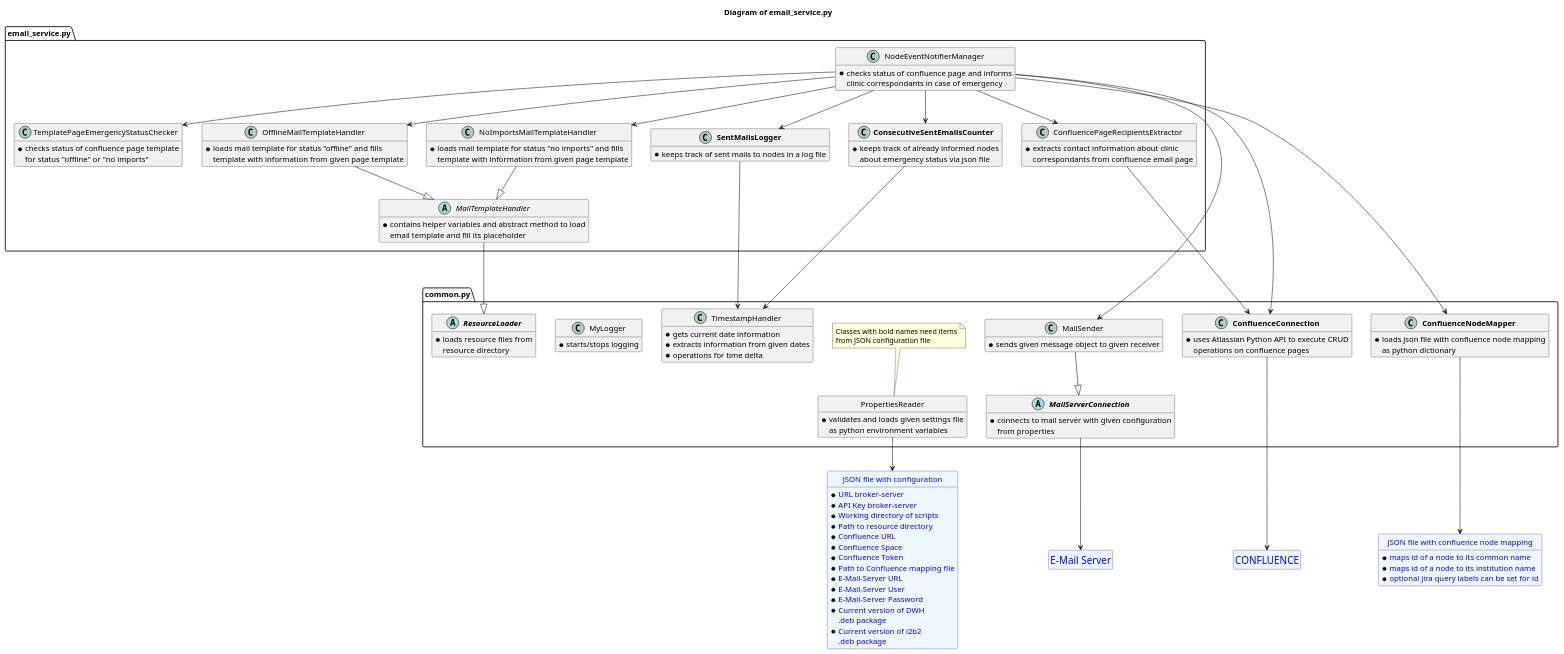
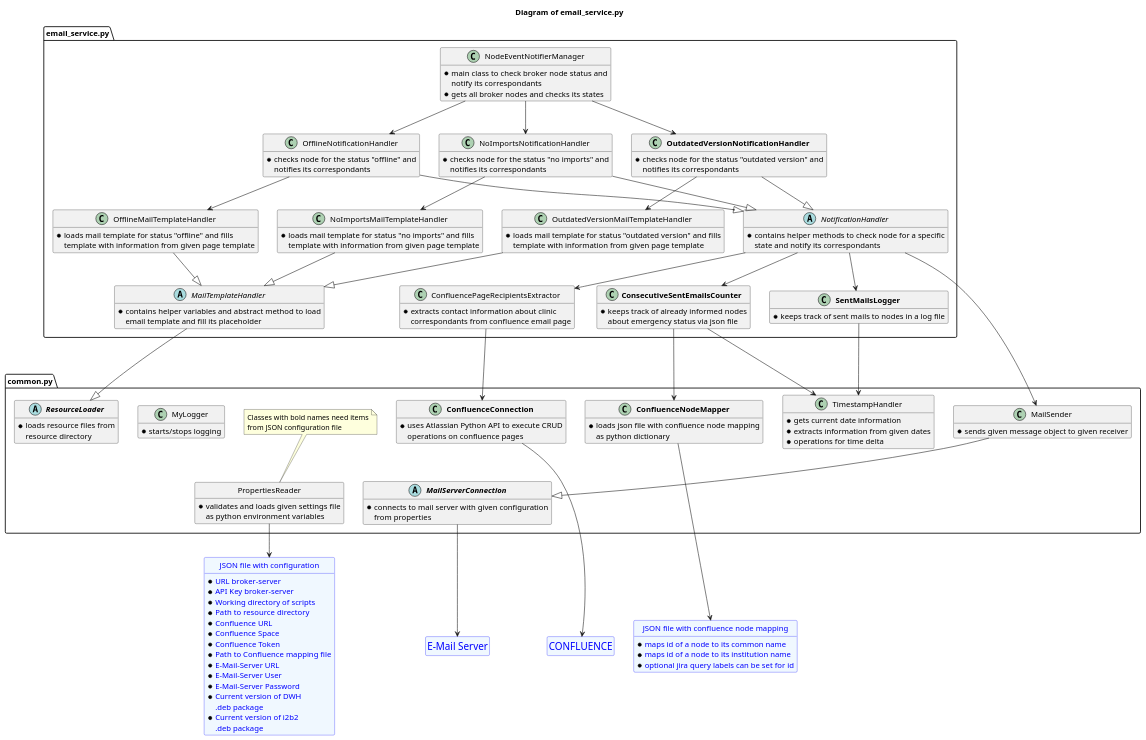
One commit to alexkombie/AKTIN_broker_monitor changed the diagram in docs/email_service.puml. Above: the diagram before and after it, drawn with PlantUML. The commit also changed 20 other files, not shown here.

```diff
--- a/docs/email_service.puml
+++ b/docs/email_service.puml
@@ -1,164 +1,193 @@
 @startuml
 hide methods
 
 title Diagram of email_service.py
 
 entity "<size:18>CONFLUENCE</size>" as confluence
 entity confluence #aliceblue;line:blue;text:blue
 hide confluence members
 hide confluence circle
 
 entity "JSON file with configuration" as settings {
 * URL broker-server
 * API Key broker-server
 * Working directory of scripts
 * Path to resource directory
 * Confluence URL
 * Confluence Space
 * Confluence Token
 * Path to Confluence mapping file
 * E-Mail-Server URL
 * E-Mail-Server User
 * E-Mail-Server Password
 * Current version of DWH
 .deb package
 * Current version of i2b2
 .deb package
 }
 entity settings #aliceblue;line:blue;text:blue
 hide settings circle
 
 entity "JSON file with confluence node mapping" as mapping {
 * maps id of a node to its common name
 * maps id of a node to its institution name
 * optional jira query labels can be set for id
 }
 entity mapping #aliceblue;line:blue;text:blue
 hide mapping circle
 
 entity "<size:18>E-Mail Server</size>" as email
 entity email #aliceblue;line:blue;text:blue
 hide email members
 hide email circle
 
 
 '###################################################################'
 
 package "common.py" as common <<Package>> {
 abstract class "**ResourceLoader**" as ResourceLoader {
 * loads resource files from
 resource directory
 }
 
 class "**ConfluenceConnection**" as ConfluenceConnection {
 * uses Atlassian Python API to execute CRUD
 operations on confluence pages
 }
 
 class "**ConfluenceNodeMapper**" as ConfluenceNodeMapper {
 * loads json file with confluence node mapping
 as python dictionary
 }
 
 class TimestampHandler {
 * gets current date information
 * extracts information from given dates
 * operations for time delta
 }
 
 abstract class "**MailServerConnection**" as MailServerConnection {
 * connects to mail server with given configuration
 from properties
 }
 
 class MailSender {
 * sends given message object to given receiver
 }
 
 class MyLogger {
 * starts/stops logging
 }
 
 class PropertiesReader {
 * validates and loads given settings file
 as python environment variables
 }
 hide PropertiesReader circle
 note top of PropertiesReader: Classes with bold names need items\nfrom JSON configuration file
 }
 
 MailServerConnection -d-> email
-MailSender -d-|> MailServerConnection
+MailSender --|> MailServerConnection
 
 ConfluenceConnection -d--> confluence
 ConfluenceNodeMapper -d--> mapping
 PropertiesReader --> settings
 
 '###################################################################'
 
 package "email_service.py" as email_service <<Package>> {
 
 
 abstract class MailTemplateHandler {
 * contains helper variables and abstract method to load
 email template and fill its placeholder
 }
 
 class OfflineMailTemplateHandler {
 * loads mail template for status "offline" and fills
 template with information from given page template
 }
 
 class NoImportsMailTemplateHandler {
 * loads mail template for status "no imports" and fills
 template with information from given page template
 }
 
+class OutdatedVersionMailTemplateHandler {
+* loads mail template for status "outdated version" and fills
+template with information from given page template
+}
+
 class ConfluencePageRecipientsExtractor {
 * extracts contact information about clinic
 correspondants from confluence email page
-}
-
-class TemplatePageEmergencyStatusChecker {
-* checks status of confluence page template
-for status "offline" or "no imports"
 }
 
 class "**ConsecutiveSentEmailsCounter**" as ConsecutiveSentEmailsCounter {
 * keeps track of already informed nodes
 about emergency status via json file
 }
 
 class "**SentMailsLogger**" as SentMailsLogger {
 * keeps track of sent mails to nodes in a log file
 }
 
+abstract class NotificationHandler {
+* contains helper methods to check node for a specific
+state and notify its correspondants
+}
+
+class OfflineNotificationHandler {
+* checks node for the status "offline" and
+notifies its correspondants
+}
+
+class NoImportsNotificationHandler {
+* checks node for the status "no imports" and
+notifies its correspondants
+}
+
+class "**OutdatedVersionNotificationHandler**" as OutdatedVersionNotificationHandler {
+* checks node for the status "outdated version" and
+notifies its correspondants
+}
+
 class NodeEventNotifierManager {
-* checks status of confluence page and informs
-clinic correspondants in case of emergency
+* main class to check broker node status and
+notify its correspondants
+* gets all broker nodes and checks its states
 }
 }
-
-
 
 MailTemplateHandler ---|> ResourceLoader
 OfflineMailTemplateHandler --|> MailTemplateHandler
 NoImportsMailTemplateHandler --|> MailTemplateHandler
+OutdatedVersionMailTemplateHandler --|> MailTemplateHandler
 
 ConfluencePageRecipientsExtractor ---> ConfluenceConnection
 
 ConsecutiveSentEmailsCounter --> TimestampHandler
+ConsecutiveSentEmailsCounter --> ConfluenceNodeMapper
 
 SentMailsLogger --> TimestampHandler
 
-NodeEventNotifierManager --> MailSender
-NodeEventNotifierManager --> OfflineMailTemplateHandler
-NodeEventNotifierManager --> NoImportsMailTemplateHandler
-NodeEventNotifierManager --> ConfluencePageRecipientsExtractor
-NodeEventNotifierManager --> TemplatePageEmergencyStatusChecker
-NodeEventNotifierManager --> ConsecutiveSentEmailsCounter
-NodeEventNotifierManager --> ConfluenceConnection
-NodeEventNotifierManager --> ConfluenceNodeMapper
-NodeEventNotifierManager --> SentMailsLogger
+NotificationHandler --> ConfluencePageRecipientsExtractor
+NotificationHandler --> SentMailsLogger
+NotificationHandler --> ConsecutiveSentEmailsCounter
+NotificationHandler --> MailSender
+
+OfflineNotificationHandler --|> NotificationHandler
+OfflineNotificationHandler --> OfflineMailTemplateHandler
+
+NoImportsNotificationHandler --|> NotificationHandler
+NoImportsNotificationHandler --> NoImportsMailTemplateHandler
+
+OutdatedVersionNotificationHandler --|> NotificationHandler
+OutdatedVersionNotificationHandler --> OutdatedVersionMailTemplateHandler
+
+NodeEventNotifierManager --> OfflineNotificationHandler
+NodeEventNotifierManager --> NoImportsNotificationHandler
+NodeEventNotifierManager --> OutdatedVersionNotificationHandler
 
 @enduml
```
